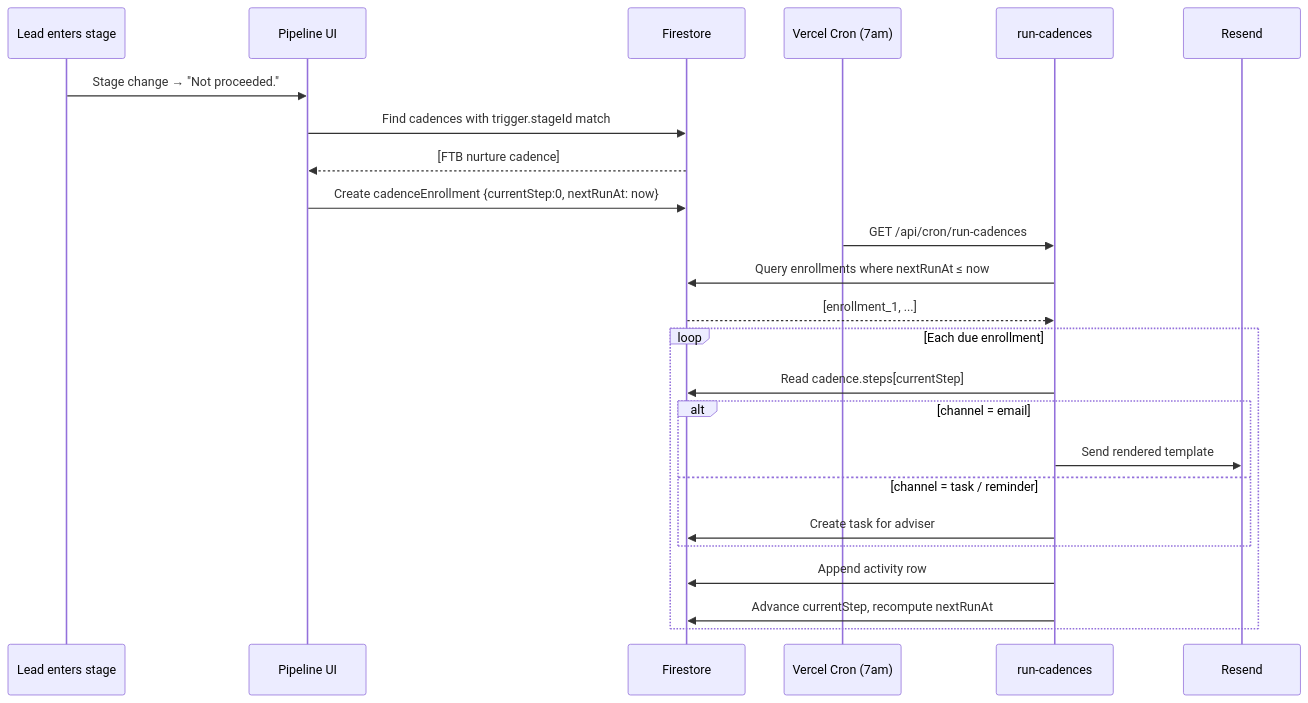
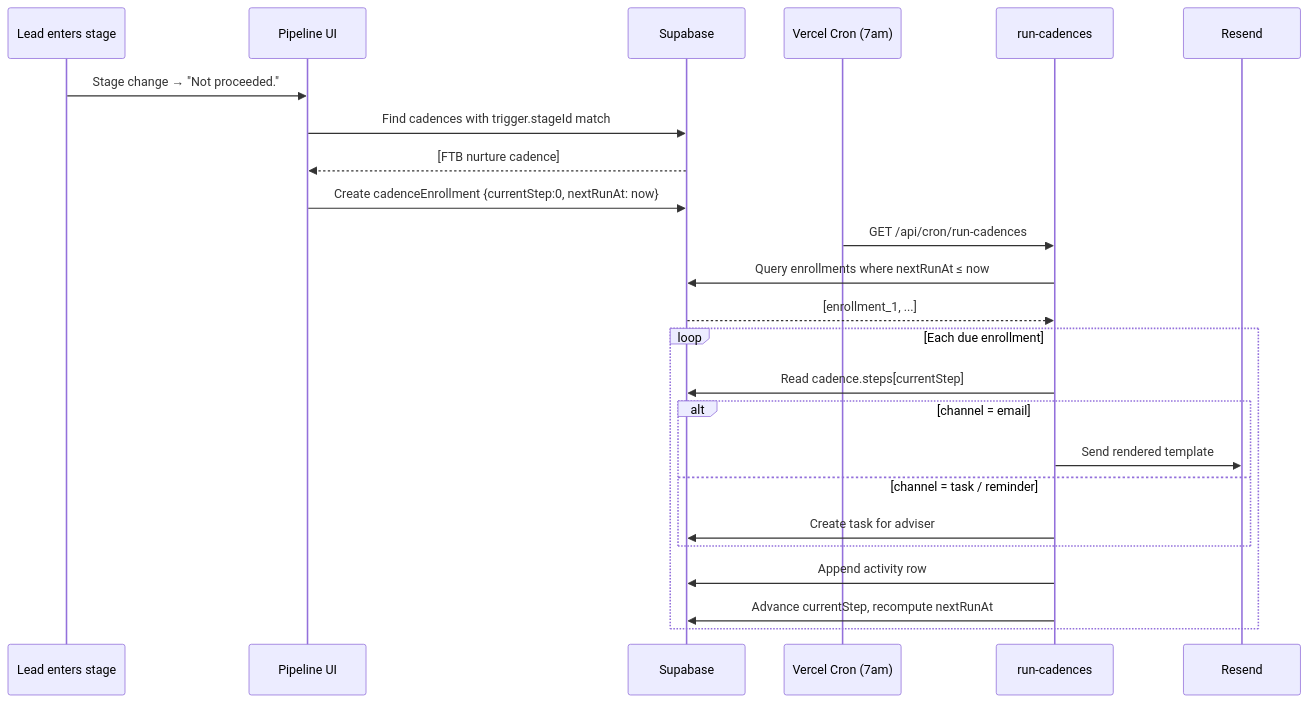
The second of 3 diagrams in README.md (vinay-lgtm-code/mallard_connect), drawn with Mermaid before and after one commit. The commit also changed other lines of this file, not shown here.

First line of the commit message:
Update README to reflect Firebase → Supabase migration (#105)

````diff
--- a/README.md
+++ b/README.md
@@ -136,28 +136,28 @@
 ```mermaid
 sequenceDiagram
     participant Lead as Lead enters stage
     participant Pipeline as Pipeline UI
-    participant FS as Firestore
+    participant FS as Supabase
     participant Cron as Vercel Cron (7am)
     participant Run as run-cadences
     participant Resend as Resend
 
     Lead->>Pipeline: Stage change → "Not proceeded."
     Pipeline->>FS: Find cadences with trigger.stageId match
     FS-->>Pipeline: [FTB nurture cadence]
     Pipeline->>FS: Create cadenceEnrollment {currentStep:0, nextRunAt: now}
 
     Cron->>Run: GET /api/cron/run-cadences
     Run->>FS: Query enrollments where nextRunAt ≤ now
     FS-->>Run: [enrollment_1, ...]
     loop Each due enrollment
         Run->>FS: Read cadence.steps[currentStep]
         alt channel = email
             Run->>Resend: Send rendered template
         else channel = task / reminder
             Run->>FS: Create task for adviser
         end
         Run->>FS: Append activity row
         Run->>FS: Advance currentStep, recompute nextRunAt
     end
 ```
````
